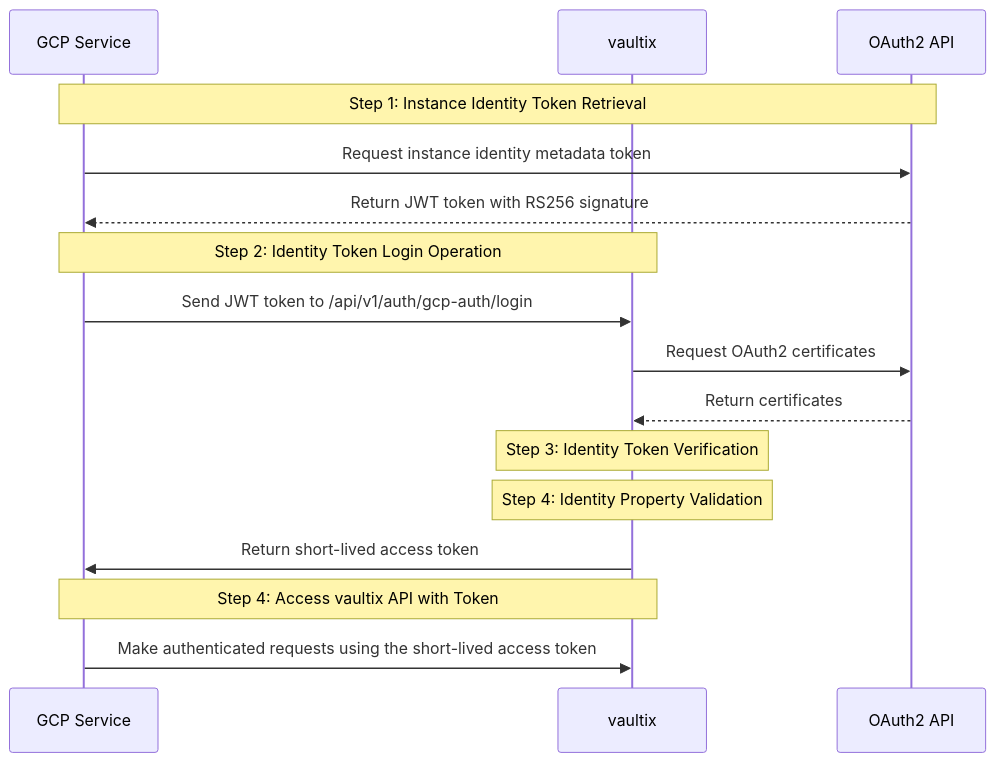
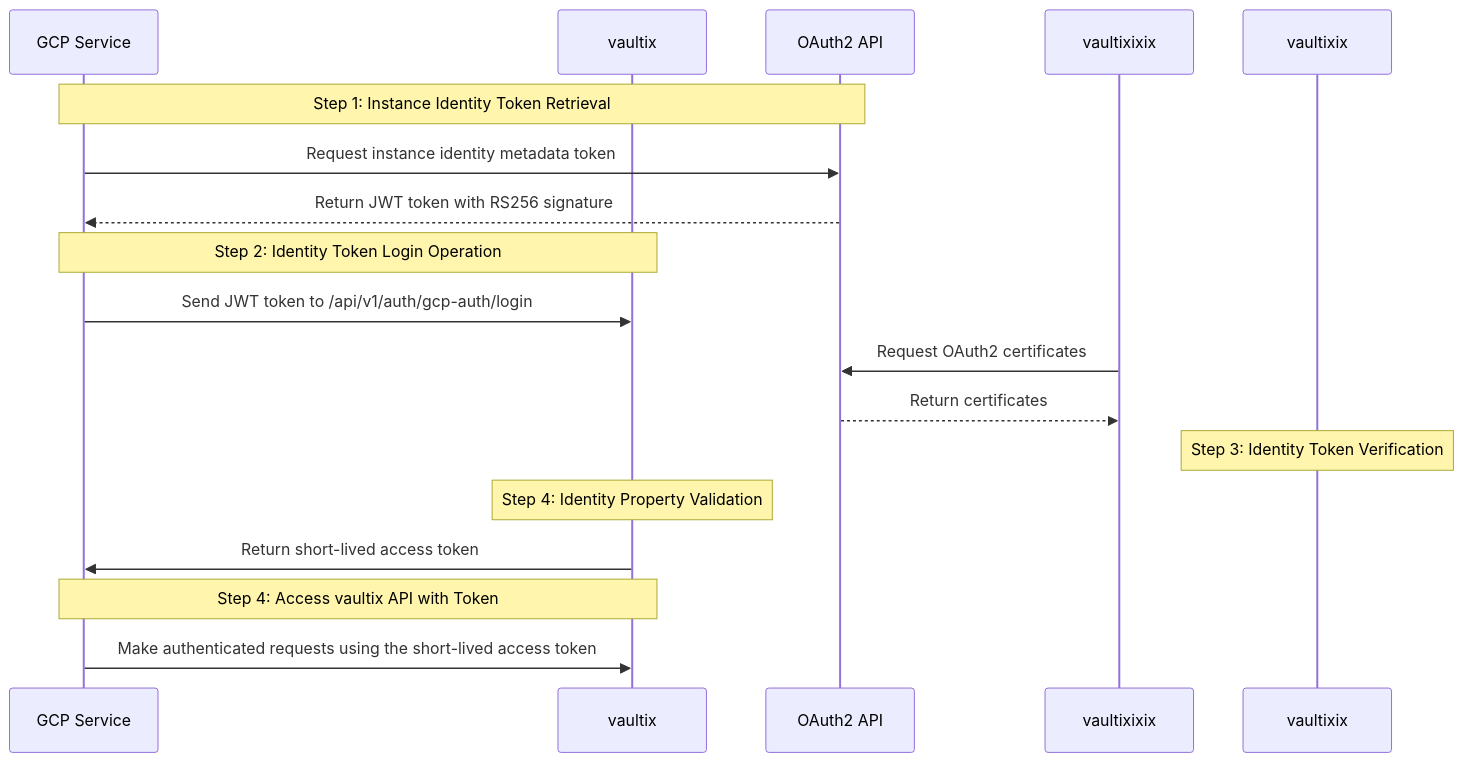
One commit to shippinAI/vaultix changed the first of 2 diagrams in core/docs/documentation/platform/identities/gcp-auth.mdx. Above: the diagram before and after it, drawn with Mermaid. The commit also changed other lines of this file and 52 other files, not shown here.

````diff
--- a/core/docs/documentation/platform/identities/gcp-auth.mdx
+++ b/core/docs/documentation/platform/identities/gcp-auth.mdx
@@ -18,22 +18,22 @@
 ```mermaid
 sequenceDiagram
   participant GCE as GCP Service
-  participant Infis as vaultix
+  participant vaultix as vaultix
   participant Google as OAuth2 API
 
   Note over GCE,Google: Step 1: Instance Identity Token Retrieval
   GCE->>Google: Request instance identity metadata token
   Google-->>GCE: Return JWT token with RS256 signature
 
-  Note over GCE,Infis: Step 2: Identity Token Login Operation
-  GCE->>Infis: Send JWT token to /api/v1/auth/gcp-auth/login
-  Infis->>Google: Request OAuth2 certificates
-  Google-->>Infis: Return certificates
+  Note over GCE,vaultix: Step 2: Identity Token Login Operation
+  GCE->>vaultix: Send JWT token to /api/v1/auth/gcp-auth/login
+  vaultixixix->>Google: Request OAuth2 certificates
+  Google-->>vaultixixix: Return certificates
 
-  Note over Infis: Step 3: Identity Token Verification
-  Note over Infis: Step 4: Identity Property Validation
-  Infis->>GCE: Return short-lived access token
+  Note over vaultixix: Step 3: Identity Token Verification
+  Note over vaultix: Step 4: Identity Property Validation
+  vaultix->>GCE: Return short-lived access token
 
-  Note over GCE,Infis: Step 4: Access vaultix API with Token
-  GCE->>Infis: Make authenticated requests using the short-lived access token
+  Note over GCE,vaultix: Step 4: Access vaultix API with Token
+  GCE->>vaultix: Make authenticated requests using the short-lived access token
 ```
````
